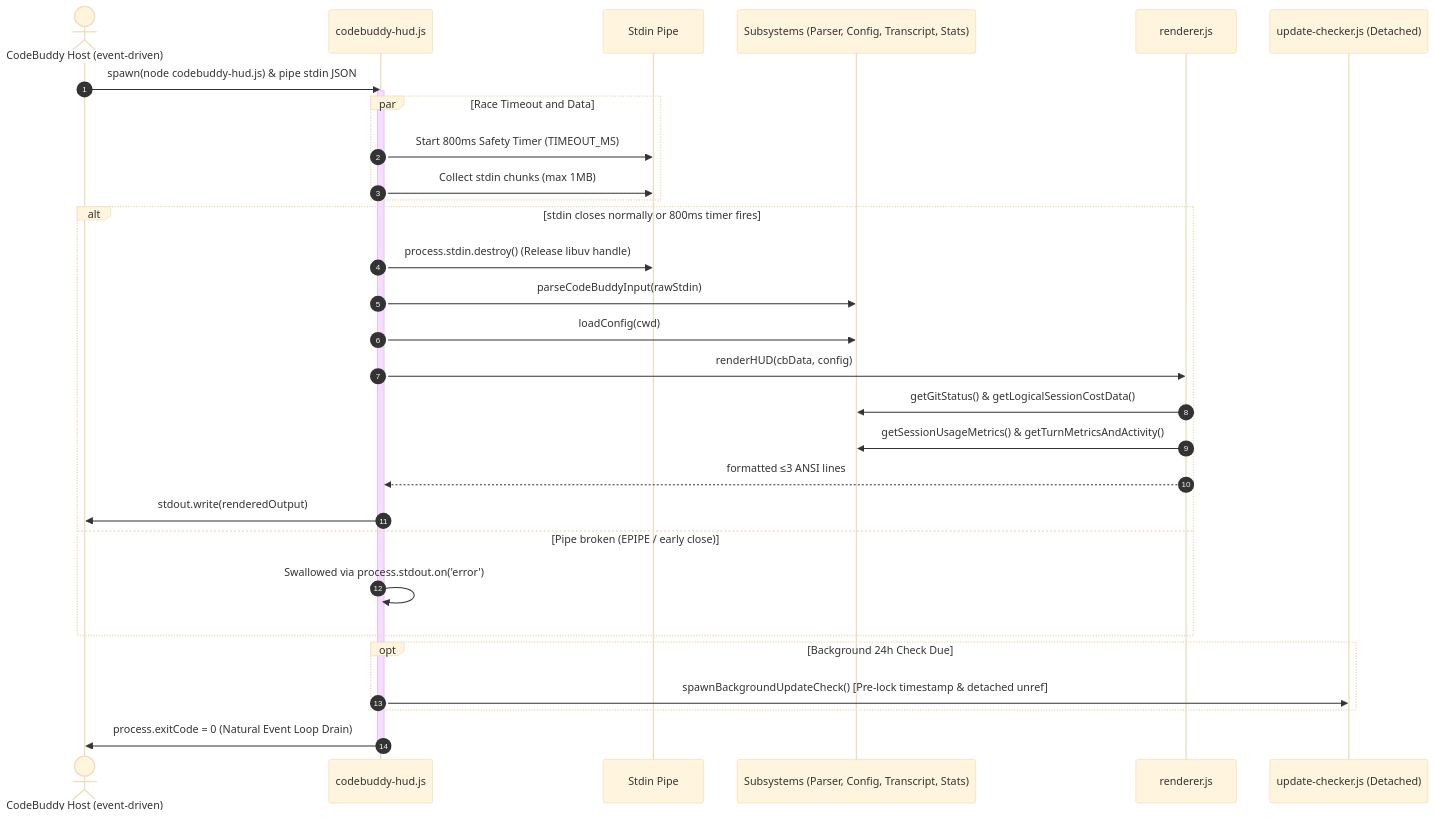
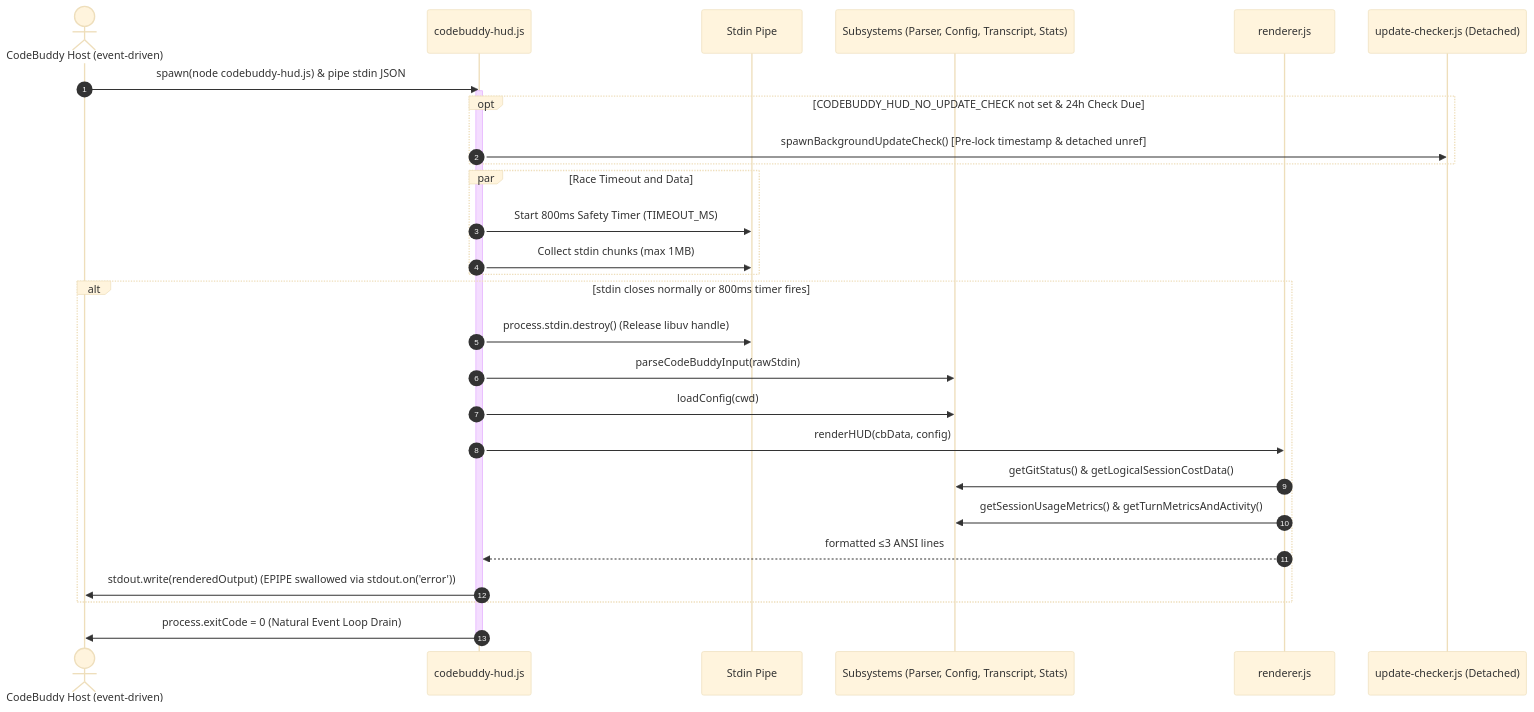
One commit to XisFool/codebuddy-hud changed the second of 2 diagrams in docs/architecture.md. Above: the diagram before and after it, drawn with Mermaid (base theme). The commit also changed other lines of this file and 8 other files, not shown here.

````diff
--- a/docs/architecture.md
+++ b/docs/architecture.md
@@ -93,38 +93,36 @@
 ```mermaid
 sequenceDiagram
     autonumber
     actor Host as CodeBuddy Host (event-driven)
     participant Entry as codebuddy-hud.js
     participant Stdin as Stdin Pipe
     participant Engine as Subsystems (Parser, Config, Transcript, Stats)
     participant Renderer as renderer.js
     participant Background as update-checker.js (Detached)
 
     Host->>Entry: spawn(node codebuddy-hud.js) & pipe stdin JSON
     activate Entry
     
+    opt CODEBUDDY_HUD_NO_UPDATE_CHECK not set & 24h Check Due
+        Entry->>Background: spawnBackgroundUpdateCheck() [Pre-lock timestamp & detached unref]
+    end
+
     par Race Timeout and Data
         Entry->>Stdin: Start 800ms Safety Timer (TIMEOUT_MS)
         Entry->>Stdin: Collect stdin chunks (max 1MB)
     end
 
     alt stdin closes normally or 800ms timer fires
         Entry->>Stdin: process.stdin.destroy() (Release libuv handle)
         Entry->>Engine: parseCodeBuddyInput(rawStdin)
         Entry->>Engine: loadConfig(cwd)
         Entry->>Renderer: renderHUD(cbData, config)
         Renderer->>Engine: getGitStatus() & getLogicalSessionCostData()
         Renderer->>Engine: getSessionUsageMetrics() & getTurnMetricsAndActivity()
         Renderer-->>Entry: formatted ≤3 ANSI lines
-        Entry->>Host: stdout.write(renderedOutput)
-    else Pipe broken (EPIPE / early close)
-        Entry->>Entry: Swallowed via process.stdout.on('error')
-    end
-
-    opt Background 24h Check Due
-        Entry->>Background: spawnBackgroundUpdateCheck() [Pre-lock timestamp & detached unref]
+        Entry->>Host: stdout.write(renderedOutput) (EPIPE swallowed via stdout.on('error'))
     end
 
     Entry->>Host: process.exitCode = 0 (Natural Event Loop Drain)
     deactivate Entry
 ```
````
